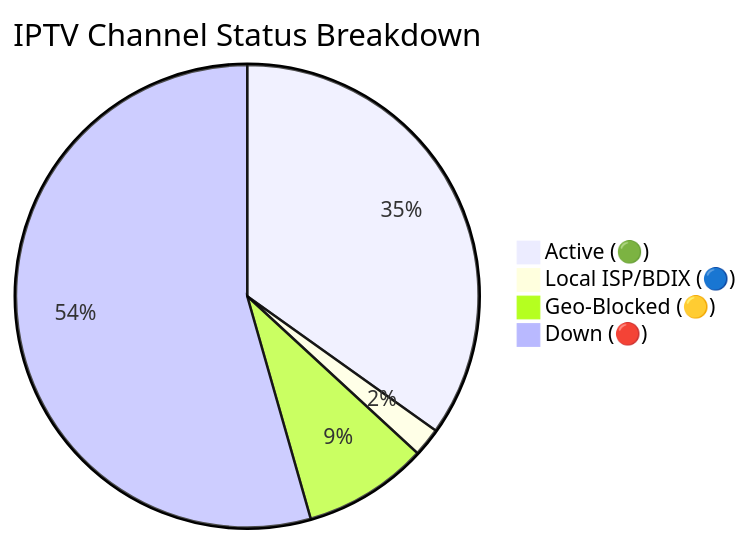
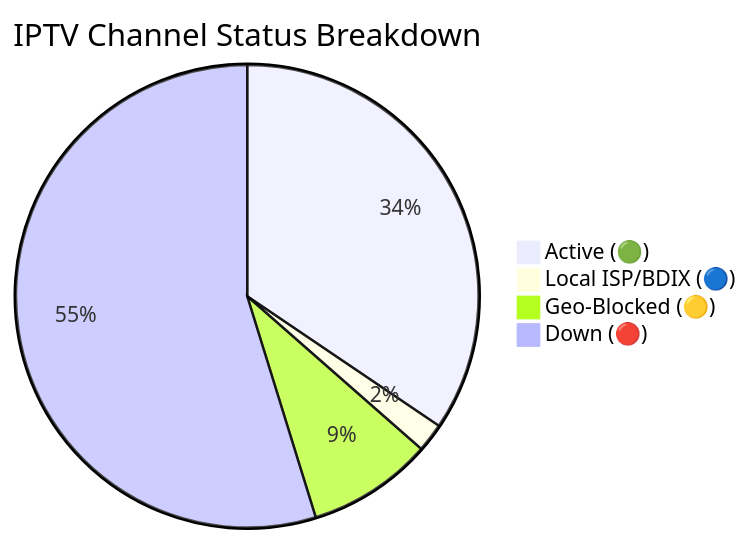
Before and after one commit to andreataylord/Ip-tv-Collection: the diagram in README.md, drawn with Mermaid. The commit also changed other lines of this file and 1 other file, not shown here.

Commit message:
docs(readme): auto-update daily channel status chart

````diff
--- a/README.md
+++ b/README.md
@@ -59,7 +59,7 @@
 ```mermaid
 pie title IPTV Channel Status Breakdown
-    "Active (🟢)" : 2230
+    "Active (🟢)" : 2205
     "Local ISP/BDIX (🔵)" : 128
-    "Geo-Blocked (🟡)" : 558
-    "Down (🔴)" : 3482
+    "Geo-Blocked (🟡)" : 560
+    "Down (🔴)" : 3505
 ```
````
